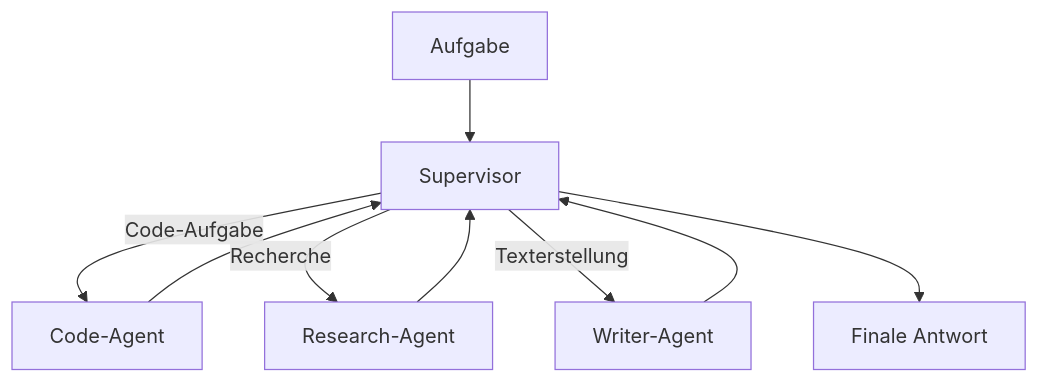
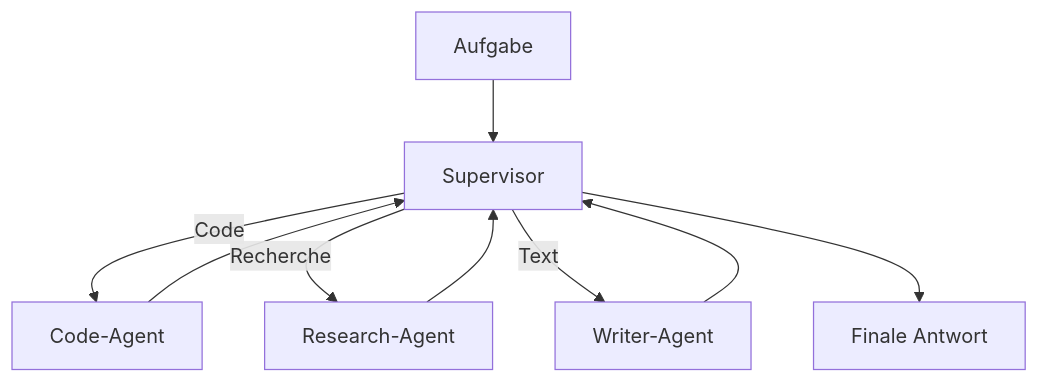
One commit to ralf-42/Agenten changed the first of 5 diagrams in docs/concepts/Multi_Agent_Systeme.md. Above: the diagram before and after it, drawn with Mermaid. The commit also changed other lines of this file and 15 other files, not shown here.

````diff
--- a/docs/concepts/Multi_Agent_Systeme.md
+++ b/docs/concepts/Multi_Agent_Systeme.md
@@ -65,11 +56,11 @@
 ```mermaid
 flowchart TD
     A[Aufgabe] --> S[Supervisor]
-    S --> |"Code-Aufgabe"| C[Code-Agent]
-    S --> |"Recherche"| R[Research-Agent]
-    S --> |"Texterstellung"| W[Writer-Agent]
+    S -->|Code| C[Code-Agent]
+    S -->|Recherche| R[Research-Agent]
+    S -->|Text| W[Writer-Agent]
     C --> S
     R --> S
     W --> S
     S --> E[Finale Antwort]
 ```
````
